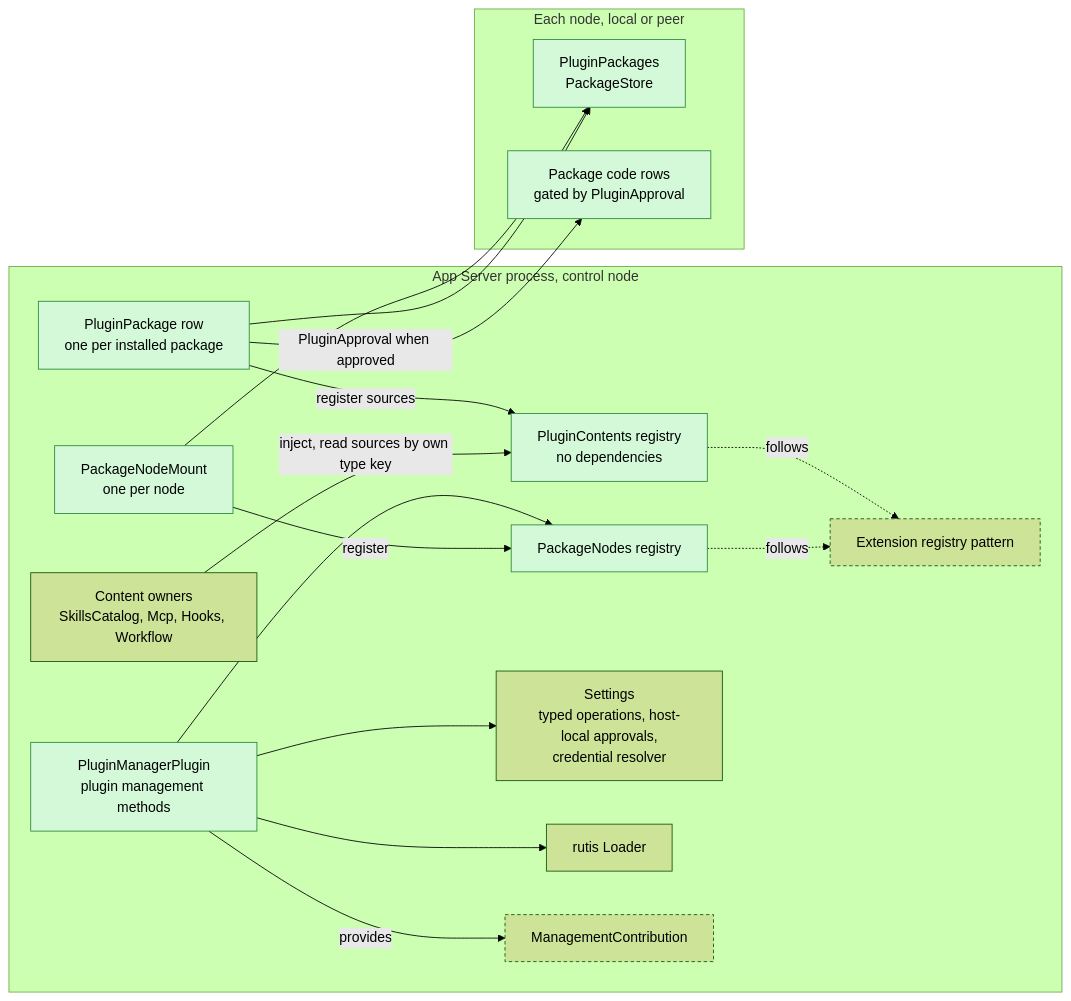
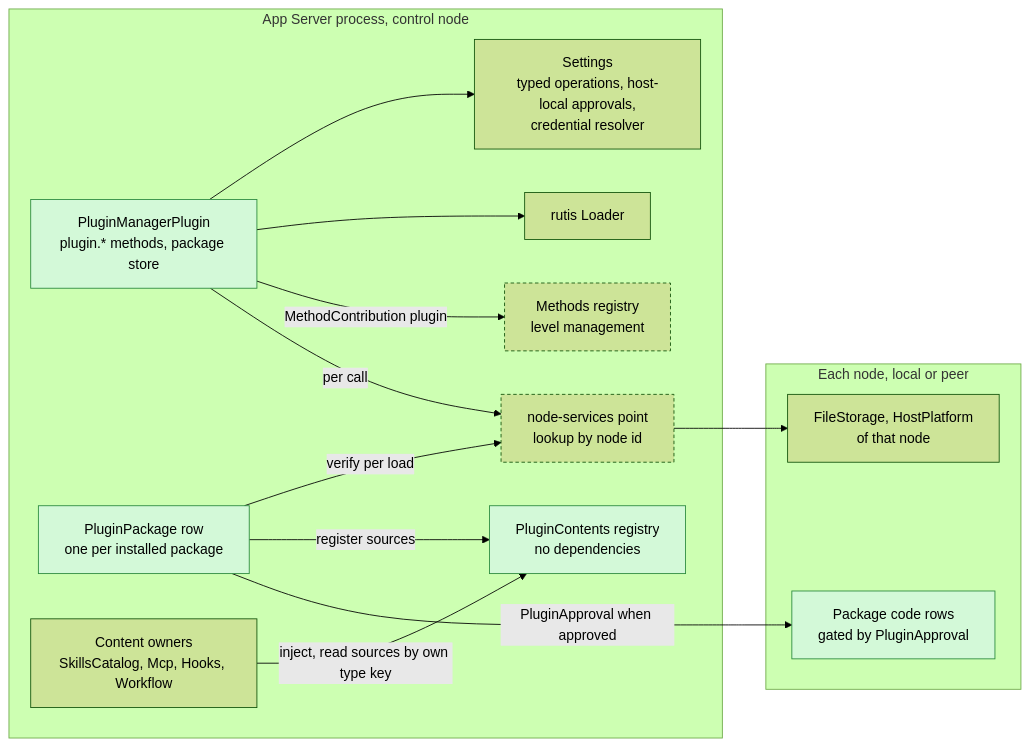
Before and after one commit to CoutinhoTTS/dim-agent: the first of 6 diagrams in docs/design/plugins/PluginManager.md, drawn with Mermaid (forest theme). The commit also changed other lines of this file and 3 other files, not shown here.

Commit message:
docs(design): simplify Management, RemoteGateway, PluginManager and Modality designs

````diff
--- a/docs/design/plugins/PluginManager.md
+++ b/docs/design/plugins/PluginManager.md
@@ -9,33 +9,28 @@
 ```mermaid
 flowchart LR
   subgraph CN["App Server process, control node"]
-    PM["PluginManagerPlugin<br/>plugin management methods"]:::new
+    PM["PluginManagerPlugin<br/>plugin.* methods, package store"]:::new
     PC["PluginContents registry<br/>no dependencies"]:::new
-    PN["PackageNodes registry"]:::new
-    PNM["PackageNodeMount<br/>one per node"]:::new
     ROW["PluginPackage row<br/>one per installed package"]:::new
     SET["Settings<br/>typed operations, host-local approvals,<br/>credential resolver"]
     LOADER["rutis Loader"]
-    MGMT["ManagementContribution"]:::contract
+    MR["Methods registry<br/>level management"]:::contract
+    NS["node-services point<br/>lookup by node id"]:::contract
     CONS["Content owners<br/>SkillsCatalog, Mcp, Hooks, Workflow"]
-    EXT["Extension registry pattern"]:::contract
   end
   subgraph NODE["Each node, local or peer"]
-    PP["PluginPackages<br/>PackageStore"]:::new
+    SVC["FileStorage, HostPlatform<br/>of that node"]
     CODE["Package code rows<br/>gated by PluginApproval"]:::new
   end
   PM --> SET
   PM --> LOADER
-  PM -->|"provides"| MGMT
-  PM --> PN
-  PNM -->|"register"| PN
-  PNM --> PP
+  PM -->|"MethodContribution plugin"| MR
+  PM -->|"per call"| NS
+  ROW -->|"verify per load"| NS
+  NS --> SVC
   ROW -->|"register sources"| PC
-  ROW --> PP
   ROW -->|"PluginApproval when approved"| CODE
   CONS -->|"inject, read sources by own type key"| PC
-  PC -.->|"follows"| EXT
-  PN -.->|"follows"| EXT
   classDef new fill:#d3f9d8,stroke:#2b8a3e,color:#000
   classDef contract stroke-dasharray:4 3
 ```
````
